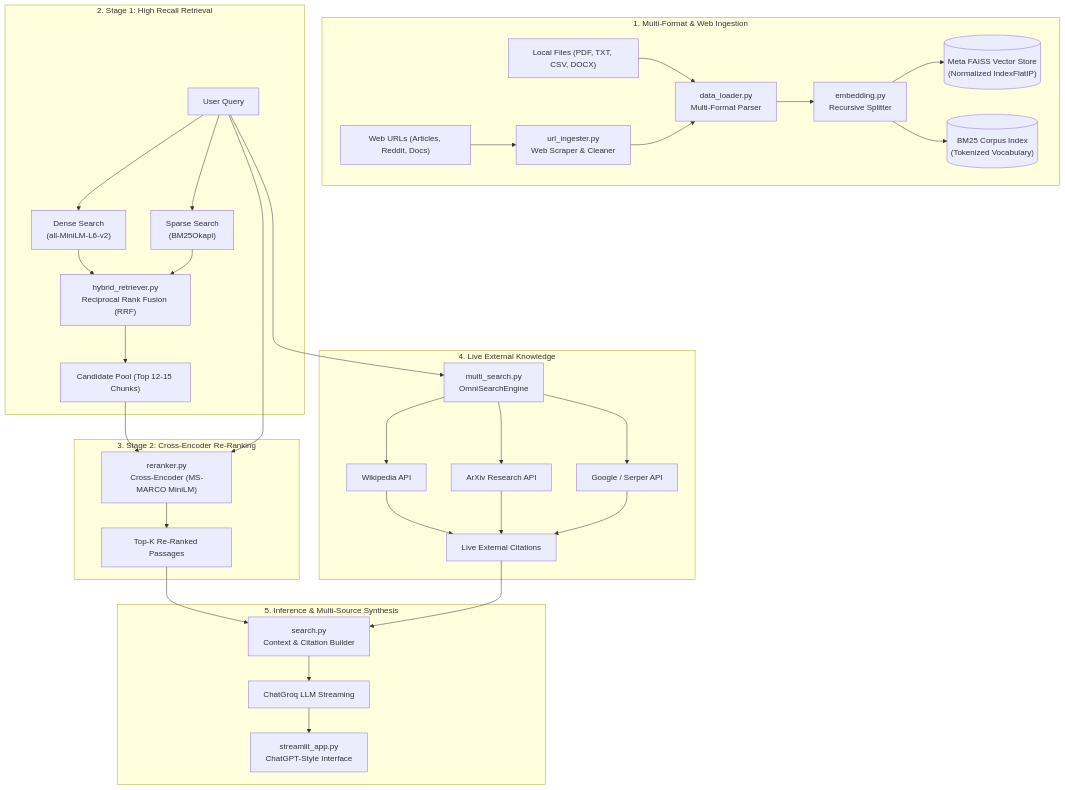
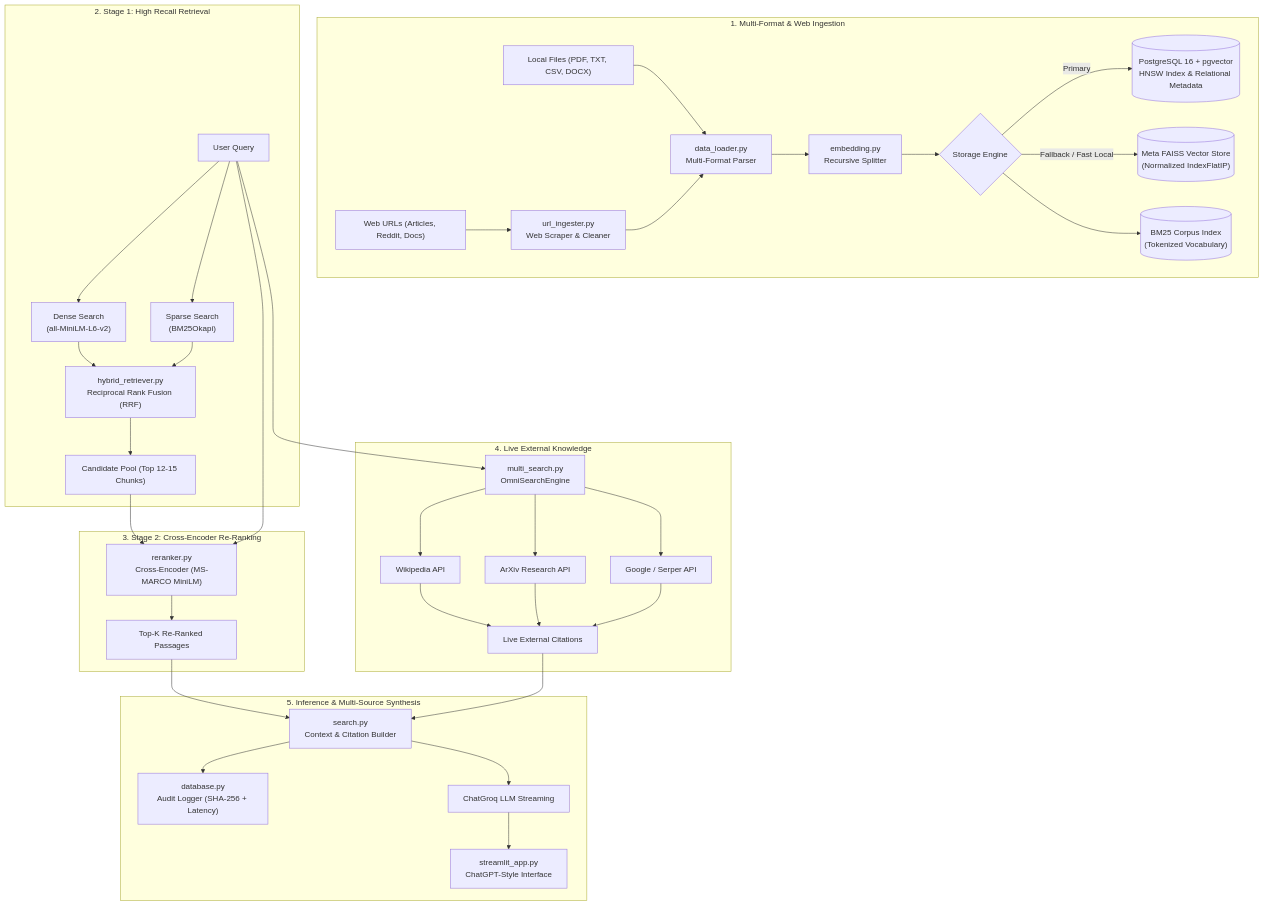
One commit to Adwait02004/NexusRAG changed the diagram in README.md. Above: the diagram before and after it, drawn with Mermaid. The commit also changed other lines of this file and 6 other files, not shown here.

Commit message:
feat(storage): integrate enterprise secure PostgreSQL with pgvector, document persistence, and audit logging

````diff
--- a/README.md
+++ b/README.md
@@ -37,42 +39,45 @@
 ```mermaid
 flowchart TD
     subgraph Ingestion["1. Multi-Format & Web Ingestion"]
         LocalDocs["Local Files (PDF, TXT, CSV, DOCX)"] --> Loader["data_loader.py\nMulti-Format Parser"]
         WebLinks["Web URLs (Articles, Reddit, Docs)"] --> URLIngester["url_ingester.py\nWeb Scraper & Cleaner"]
         URLIngester --> Loader
         Loader --> Split["embedding.py\nRecursive Splitter"]
-        Split --> VectorDB[("Meta FAISS Vector Store\n(Normalized IndexFlatIP)")]
-        Split --> LexicalDB[("BM25 Corpus Index\n(Tokenized Vocabulary)")]
+        Split --> DualStore{"Storage Engine"}
+        DualStore -->|Primary| PGVector[("PostgreSQL 16 + pgvector\nHNSW Index & Relational Metadata")]
+        DualStore -->|Fallback / Fast Local| VectorDB[("Meta FAISS Vector Store\n(Normalized IndexFlatIP)")]
+        DualStore --> LexicalDB[("BM25 Corpus Index\n(Tokenized Vocabulary)")]
     end
 
     subgraph Stage1["2. Stage 1: High Recall Retrieval"]
         Q["User Query"] --> FAISS_Search["Dense Search\n(all-MiniLM-L6-v2)"]
         Q --> BM25_Search["Sparse Search\n(BM25Okapi)"]
         FAISS_Search --> RRF["hybrid_retriever.py\nReciprocal Rank Fusion (RRF)"]
         BM25_Search --> RRF
         RRF --> Candidates["Candidate Pool (Top 12-15 Chunks)"]
     end
 
     subgraph Stage2["3. Stage 2: Cross-Encoder Re-Ranking"]
         Candidates --> Reranker["reranker.py\nCross-Encoder (MS-MARCO MiniLM)"]
         Q --> Reranker
         Reranker --> TopChunks["Top-K Re-Ranked Passages"]
     end
 
     subgraph External["4. Live External Knowledge"]
         Q --> OmniSearch["multi_search.py\nOmniSearchEngine"]
         OmniSearch --> Wiki["Wikipedia API"]
         OmniSearch --> ArXiv["ArXiv Research API"]
         OmniSearch --> Google["Google / Serper API"]
         Wiki --> LiveContext["Live External Citations"]
         ArXiv --> LiveContext
         Google --> LiveContext
     end
 
     subgraph Generation["5. Inference & Multi-Source Synthesis"]
         TopChunks --> SearchEngine["search.py\nContext & Citation Builder"]
         LiveContext --> SearchEngine
+        SearchEngine --> Audit["database.py\nAudit Logger (SHA-256 + Latency)"]
         SearchEngine --> Groq["ChatGroq LLM Streaming"]
         Groq --> StreamlitUI["streamlit_app.py\nChatGPT-Style Interface"]
     end
 ```
````
